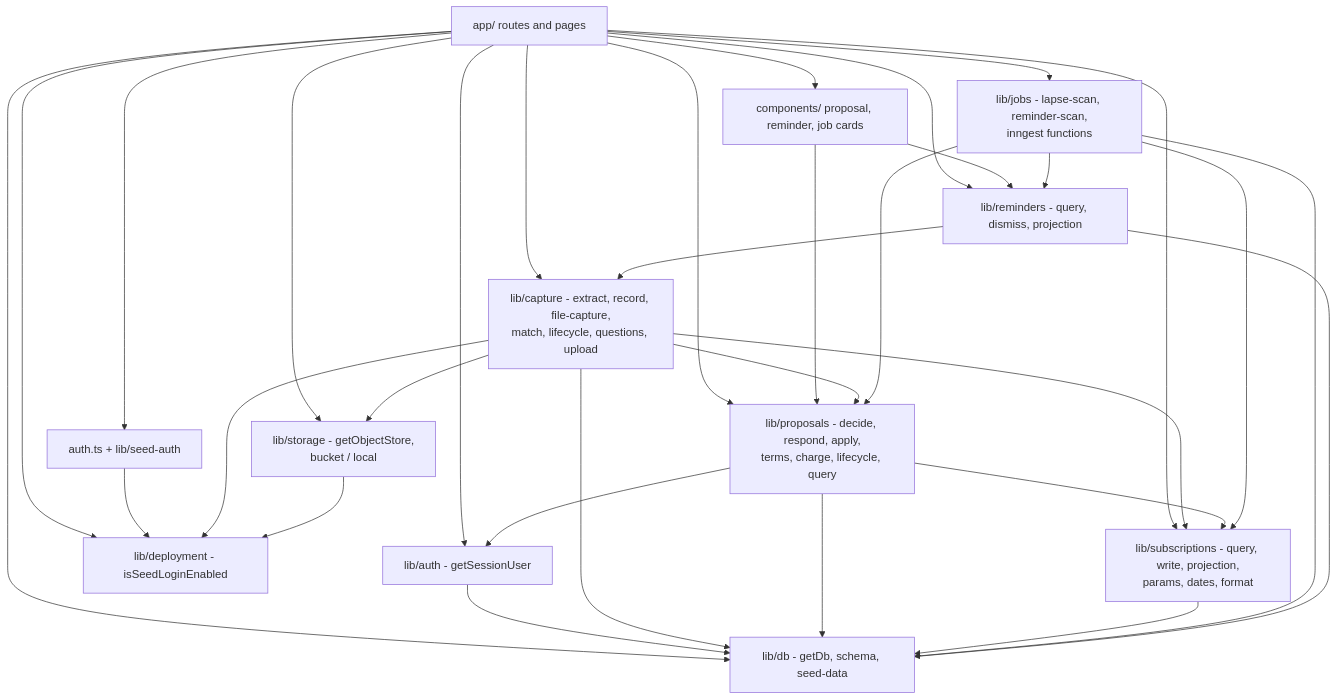
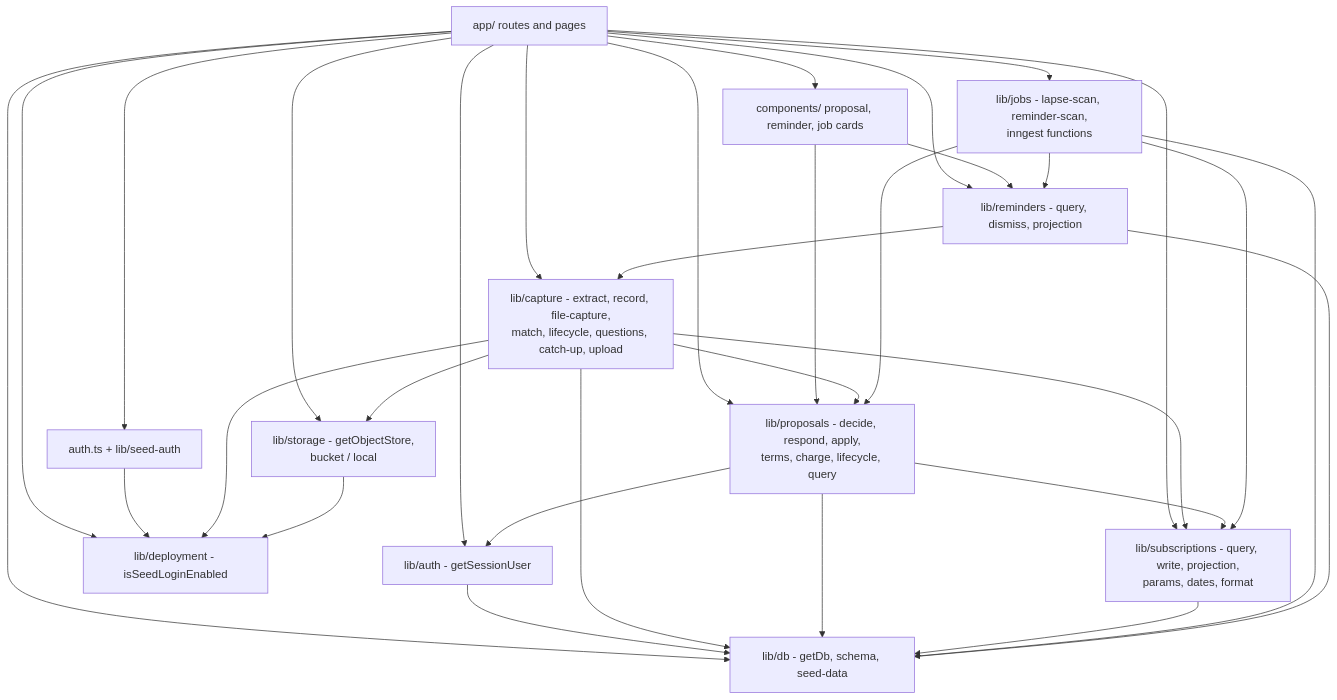
The fourth of 4 diagrams in docs/architecture.md (bhaveshbusa/subscription-records), drawn with Mermaid before and after one commit. The commit also changed other lines of this file and 23 other files, not shown here.

First line of the commit message:
SUB-25: treat the ledger as inventory, not a payment timeline. (#25)

````diff
--- a/docs/architecture.md
+++ b/docs/architecture.md
@@ -153,47 +156,47 @@
 ```mermaid
 flowchart TD
   app["app/ routes and pages"]
   components["components/ proposal, reminder, job cards"]
   authmod["lib/auth - getSessionUser"]
   authjs["auth.ts + lib/seed-auth"]
   deployment["lib/deployment - isSeedLoginEnabled"]
-  capture["lib/capture - extract, record, file-capture,<br/>match, lifecycle, questions, upload"]
+  capture["lib/capture - extract, record, file-capture,<br/>match, lifecycle, questions, catch-up, upload"]
   proposalsmod["lib/proposals - decide, respond, apply,<br/>terms, charge, lifecycle, query"]
   subs["lib/subscriptions - query, write, projection,<br/>params, dates, format"]
   storage["lib/storage - getObjectStore,<br/>bucket / local"]
   jobs["lib/jobs - lapse-scan, reminder-scan,<br/>inngest functions"]
   remindersmod["lib/reminders - query, dismiss, projection"]
   dbmod["lib/db - getDb, schema, seed-data"]
 
   app --> components
   app --> authmod
   app --> authjs
   app --> deployment
   app --> capture
   app --> proposalsmod
   app --> subs
   app --> storage
   app --> jobs
   app --> remindersmod
   app --> dbmod
   components --> proposalsmod
   components --> remindersmod
   authjs --> deployment
   authmod --> dbmod
   capture --> proposalsmod
   capture --> subs
   capture --> storage
   capture --> deployment
   capture --> dbmod
   proposalsmod --> subs
   proposalsmod --> authmod
   proposalsmod --> dbmod
   subs --> dbmod
   storage --> deployment
   jobs --> proposalsmod
   jobs --> subs
   jobs --> remindersmod
   jobs --> dbmod
   remindersmod --> capture
   remindersmod --> dbmod
 ```
````
